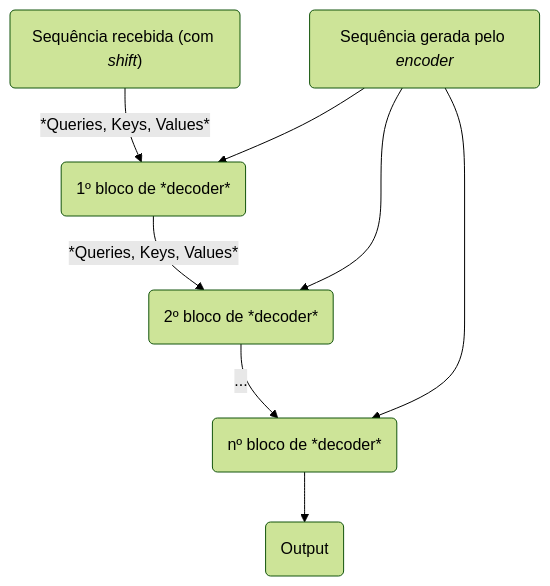
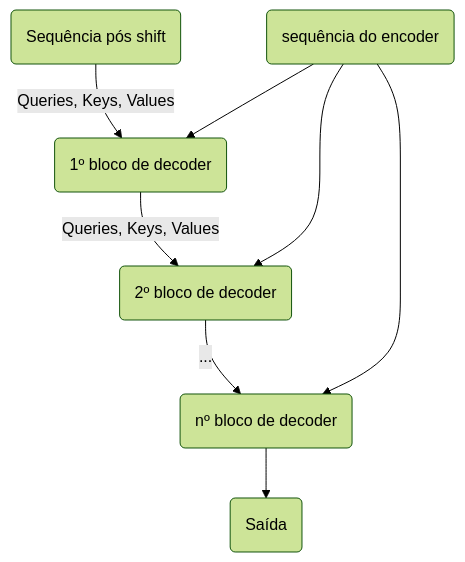
Before and after one commit to eshiraishi/eshiraishi.github.io: the fifth of 7 diagrams in src/content/posts/transformers.md, drawn with Mermaid (forest theme). The commit also changed other lines of this file, not shown here.

````diff
--- a/src/content/posts/transformers.md
+++ b/src/content/posts/transformers.md
@@ -995,20 +1287,20 @@
 ```mermaid
 flowchart
-    input("`Sequência recebida (com *shift*)`")
-    encoderOutput("`Sequência gerada pelo *encoder*`")
-    DecoderBlock1(1º bloco de *decoder*)
-    DecoderBlock2(2º bloco de *decoder*)
-    DecoderBlockN(nº bloco de *decoder*)
-    output(Output)
+    input("`Sequência pós shift`")
+    encoderOutput("`sequência do encoder`")
+    DecoderBlock1(1º bloco de decoder)
+    DecoderBlock2(2º bloco de decoder)
+    DecoderBlockN(nº bloco de decoder)
+    output(Saída)
 
-    input -- *Queries, Keys, Values* --> DecoderBlock1
+    input -- Queries, Keys, Values --> DecoderBlock1
     encoderOutput --> DecoderBlock1
 
-    DecoderBlock1 -- *Queries, Keys, Values* --> DecoderBlock2
+    DecoderBlock1 -- Queries, Keys, Values --> DecoderBlock2
     encoderOutput --> DecoderBlock2
     
     DecoderBlock2 -- ... --> DecoderBlockN
     encoderOutput --> DecoderBlockN
     
     DecoderBlockN --> output
 ```
````
